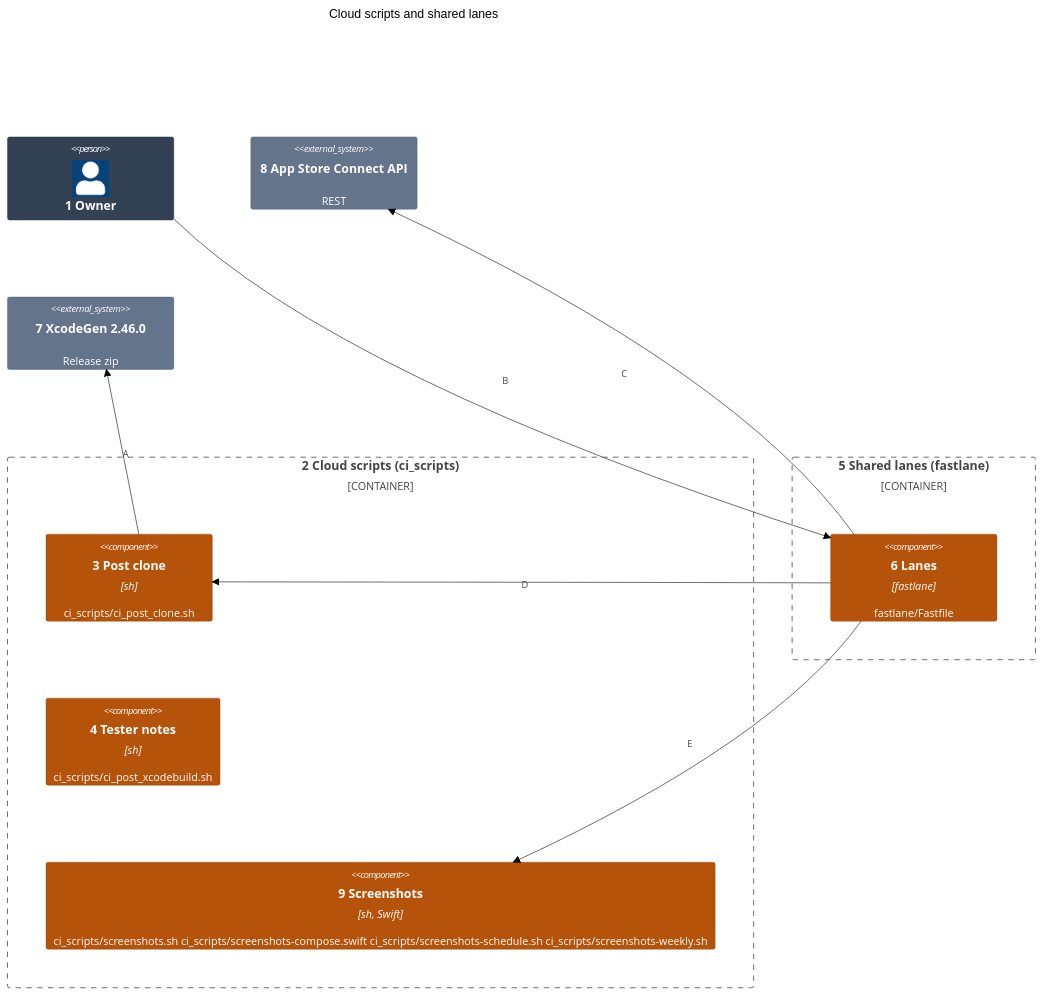
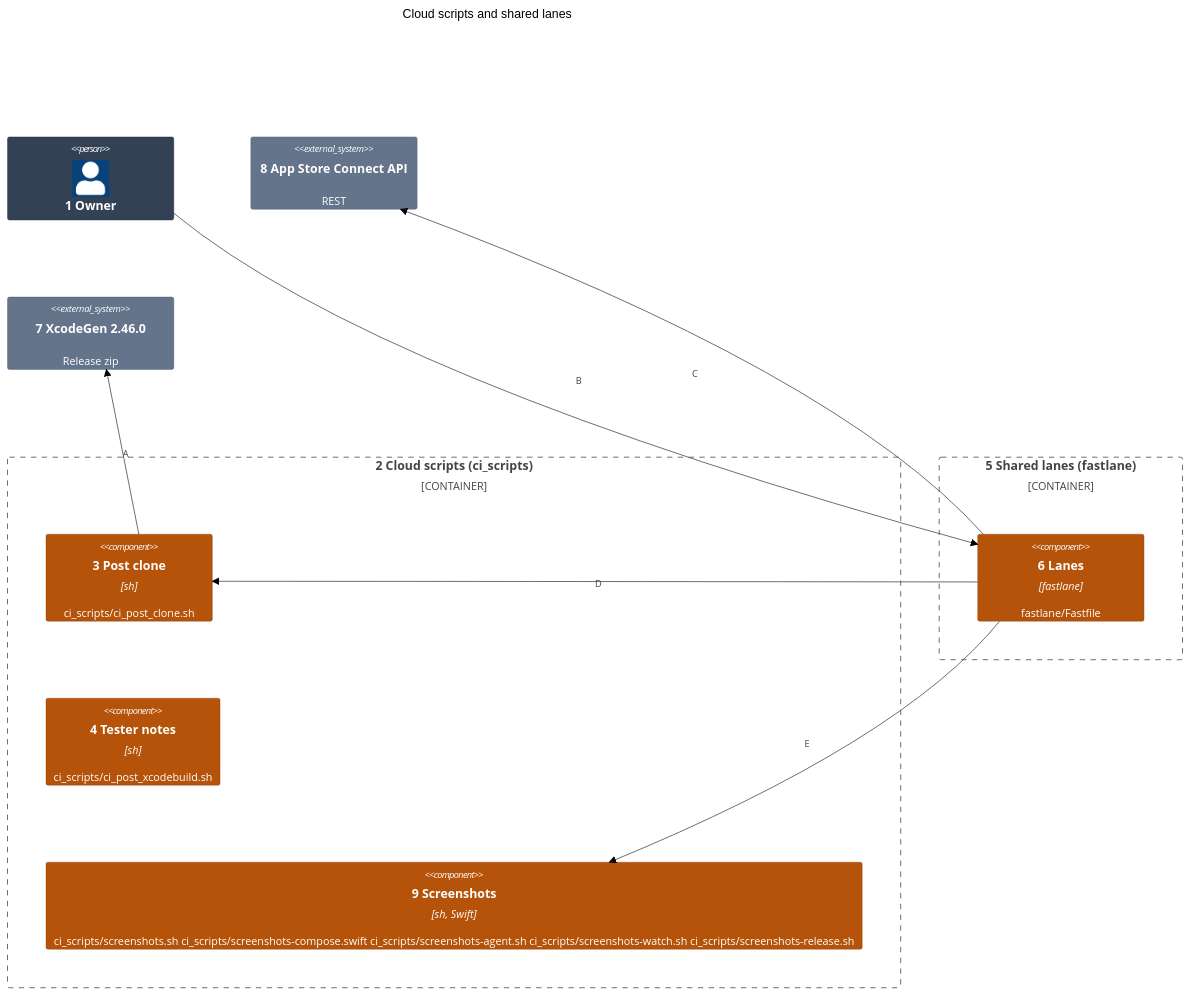
The first of 2 diagrams in docs/architecture/03-components.md (may-journal/xcode-tooling), drawn with Mermaid (forest theme) before and after one commit. The commit also changed other lines of this file and 9 other files, not shown here.

First line of the commit message:
feat(screenshots): capture on each app change and before each release

````diff
--- a/docs/architecture/03-components.md
+++ b/docs/architecture/03-components.md
@@ -3,32 +3,32 @@
 ```mermaid
 C4Component
     title Cloud scripts and shared lanes
 
     Person(owner, "1 Owner")
     System_Ext(asc, "8 App Store Connect API", "REST")
     System_Ext(xcodegen, "7 XcodeGen 2.46.0", "Release zip")
 
     Container_Boundary(scripts, "2 Cloud scripts (ci_scripts)") {
         Component(clone, "3 Post clone", "sh", "ci_scripts/ci_post_clone.sh")
         Component(notes, "4 Tester notes", "sh", "ci_scripts/ci_post_xcodebuild.sh")
-        Component(shots, "9 Screenshots", "sh, Swift", "ci_scripts/screenshots.sh ci_scripts/screenshots-compose.swift ci_scripts/screenshots-schedule.sh ci_scripts/screenshots-weekly.sh")
+        Component(shots, "9 Screenshots", "sh, Swift", "ci_scripts/screenshots.sh ci_scripts/screenshots-compose.swift ci_scripts/screenshots-agent.sh ci_scripts/screenshots-watch.sh ci_scripts/screenshots-release.sh")
     }
 
     Container_Boundary(lanes, "5 Shared lanes (fastlane)") {
         Component(fastfile, "6 Lanes", "fastlane", "fastlane/Fastfile")
     }
 
     Rel(clone, xcodegen, "A")
     Rel(owner, fastfile, "B")
     Rel(fastfile, asc, "C")
     Rel(fastfile, clone, "D")
     Rel(fastfile, shots, "E")
 
     UpdateElementStyle(owner, $bgColor="#334155", $borderColor="#1e293b", $fontColor="#ffffff")
     UpdateElementStyle(clone, $bgColor="#b45309", $borderColor="#92400e", $fontColor="#ffffff")
     UpdateElementStyle(notes, $bgColor="#b45309", $borderColor="#92400e", $fontColor="#ffffff")
     UpdateElementStyle(shots, $bgColor="#b45309", $borderColor="#92400e", $fontColor="#ffffff")
     UpdateElementStyle(fastfile, $bgColor="#b45309", $borderColor="#92400e", $fontColor="#ffffff")
     UpdateElementStyle(xcodegen, $bgColor="#64748b", $borderColor="#475569", $fontColor="#ffffff")
     UpdateElementStyle(asc, $bgColor="#64748b", $borderColor="#475569", $fontColor="#ffffff")
 ```
````
